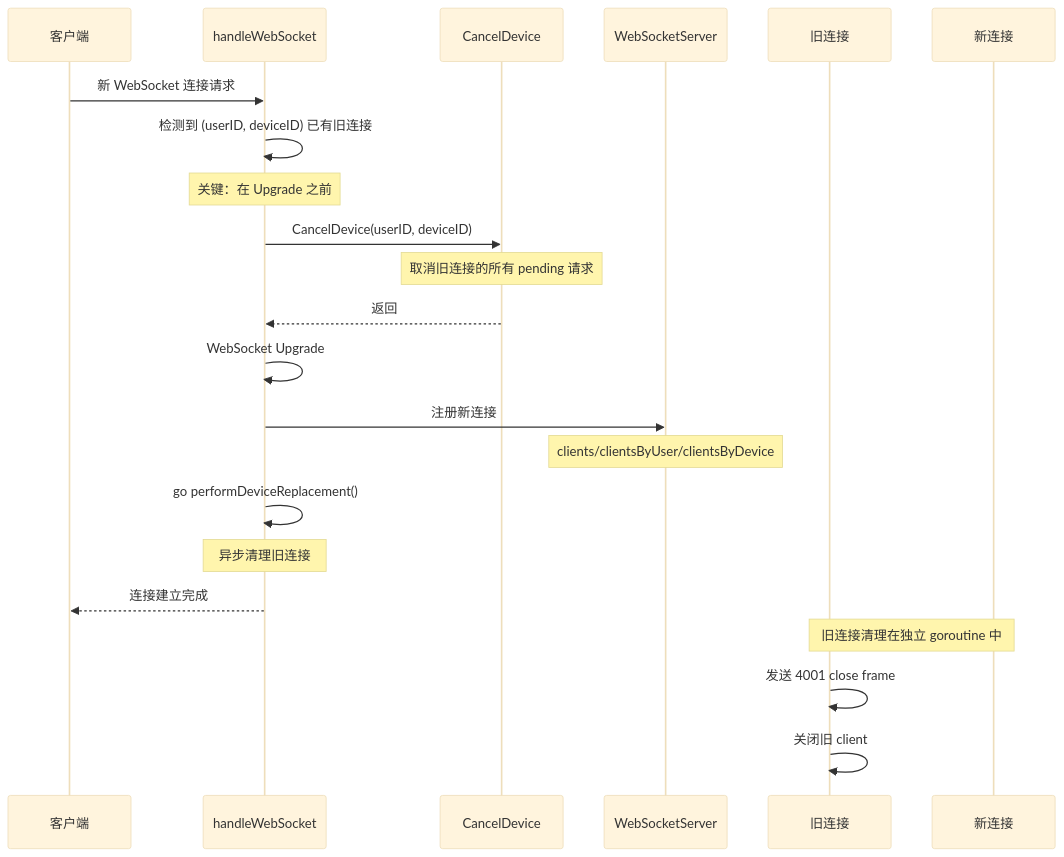
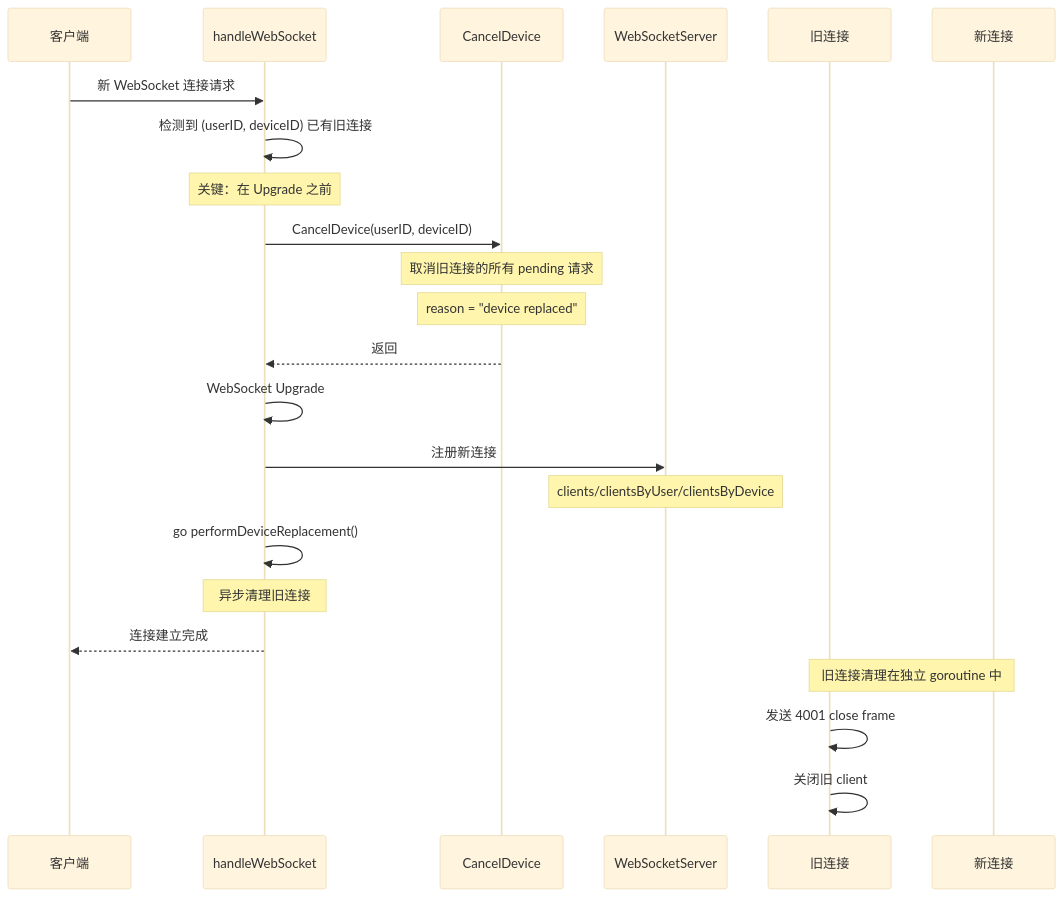
Before and after one commit to PineappleBond/xyncra-server: the tenth of 12 diagrams in wiki/flows/reverse-rpc.md, drawn with Mermaid (base theme). The commit also changed other lines of this file and 16 other files, not shown here.

First line of the commit message:
docs(wiki): comprehensive review and fix of all flow documents

````diff
--- a/wiki/flows/reverse-rpc.md
+++ b/wiki/flows/reverse-rpc.md
@@ -649,31 +747,32 @@
 ```mermaid
 sequenceDiagram
     participant Client as 客户端
     participant Handler as handleWebSocket
     participant CD as CancelDevice
     participant WS as WebSocketServer
     participant OldConn as 旧连接
     participant NewConn as 新连接
 
     Client->>Handler: 新 WebSocket 连接请求
     Handler->>Handler: 检测到 (userID, deviceID) 已有旧连接
 
     Note over Handler: 关键：在 Upgrade 之前
 
     Handler->>CD: CancelDevice(userID, deviceID)
     Note over CD: 取消旧连接的所有 pending 请求
+    Note over CD: reason = "device replaced"
     CD-->>Handler: 返回
 
     Handler->>Handler: WebSocket Upgrade
     Handler->>WS: 注册新连接
     Note over WS: clients/clientsByUser/clientsByDevice
 
     Handler->>Handler: go performDeviceReplacement()
     Note over Handler: 异步清理旧连接
 
     Handler-->>Client: 连接建立完成
 
     Note over OldConn,NewConn: 旧连接清理在独立 goroutine 中
     OldConn->>OldConn: 发送 4001 close frame
     OldConn->>OldConn: 关闭旧 client
 ```
````
